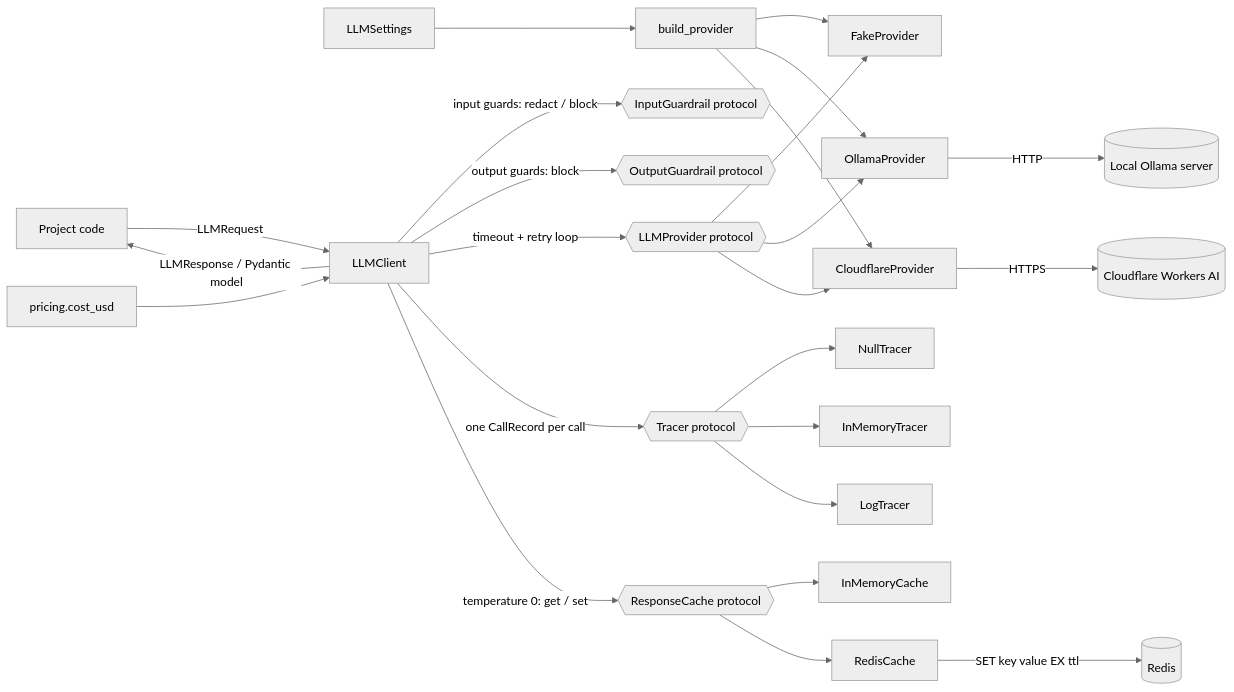
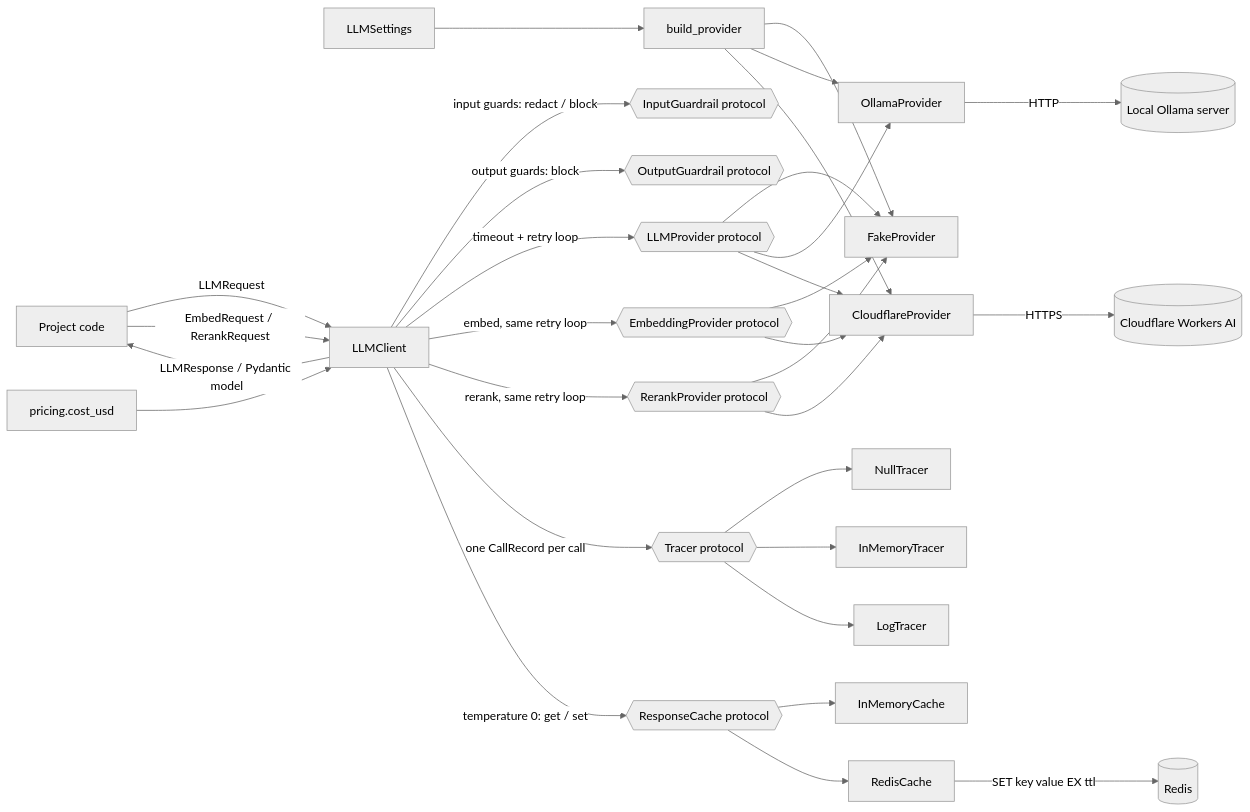
One commit to jayvyas133/genai-portfolio changed the first of 2 diagrams in packages/aicore/README.md. Above: the diagram before and after it, drawn with Mermaid (neutral theme). The commit also changed other lines of this file and 2 other files, not shown here.

Commit message:
feat(aicore): embedding and reranking with live Cloudflare check,

````diff
--- a/packages/aicore/README.md
+++ b/packages/aicore/README.md
@@ -33,26 +35,33 @@
 ```mermaid
 flowchart LR
     S[LLMSettings] --> B[build_provider]
     B --> F[FakeProvider]
     B --> O[OllamaProvider]
     P[Project code] -->|LLMRequest| C[LLMClient]
     C -->|input guards: redact / block| IG{{InputGuardrail protocol}}
     C -->|output guards: block| OG{{OutputGuardrail protocol}}
     C -->|timeout + retry loop| I{{LLMProvider protocol}}
     I --> F
     I --> O
     B --> CF[CloudflareProvider]
     I --> CF
     CF -->|HTTPS| WA[(Cloudflare Workers AI)]
     O -->|HTTP| L[(Local Ollama server)]
     C -->|LLMResponse / Pydantic model| P
+    P -->|EmbedRequest / RerankRequest| C
+    C -->|embed, same retry loop| EP{{EmbeddingProvider protocol}}
+    C -->|rerank, same retry loop| RP{{RerankProvider protocol}}
+    EP --> F
+    EP --> CF
+    RP --> F
+    RP --> CF
     C -->|one CallRecord per call| T{{Tracer protocol}}
     PR[pricing.cost_usd] --> C
     T --> NT[NullTracer]
     T --> MT[InMemoryTracer]
     T --> LT[LogTracer]
     C -->|temperature 0: get / set| RC{{ResponseCache protocol}}
     RC --> IC[InMemoryCache]
     RC --> RD[RedisCache]
     RD -->|SET key value EX ttl| R[(Redis)]
 ```
````
